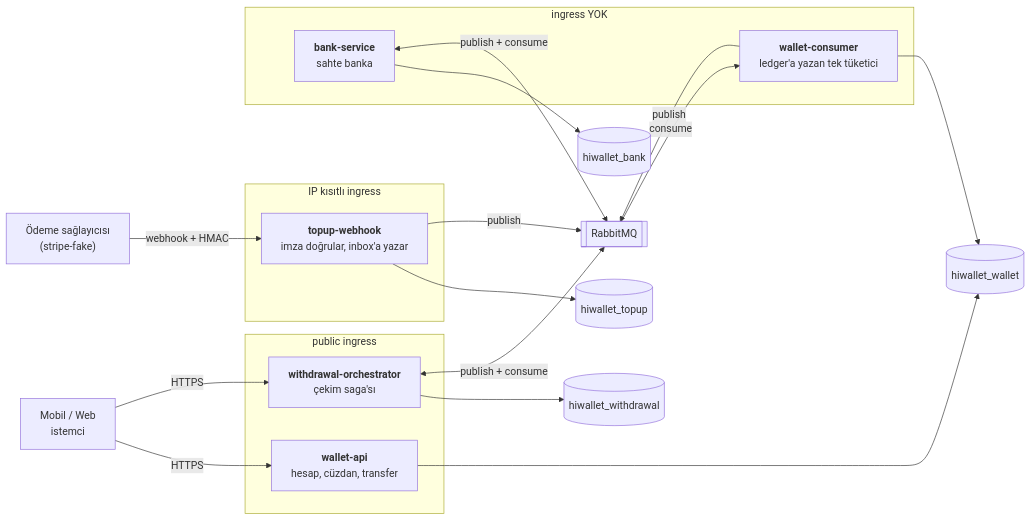
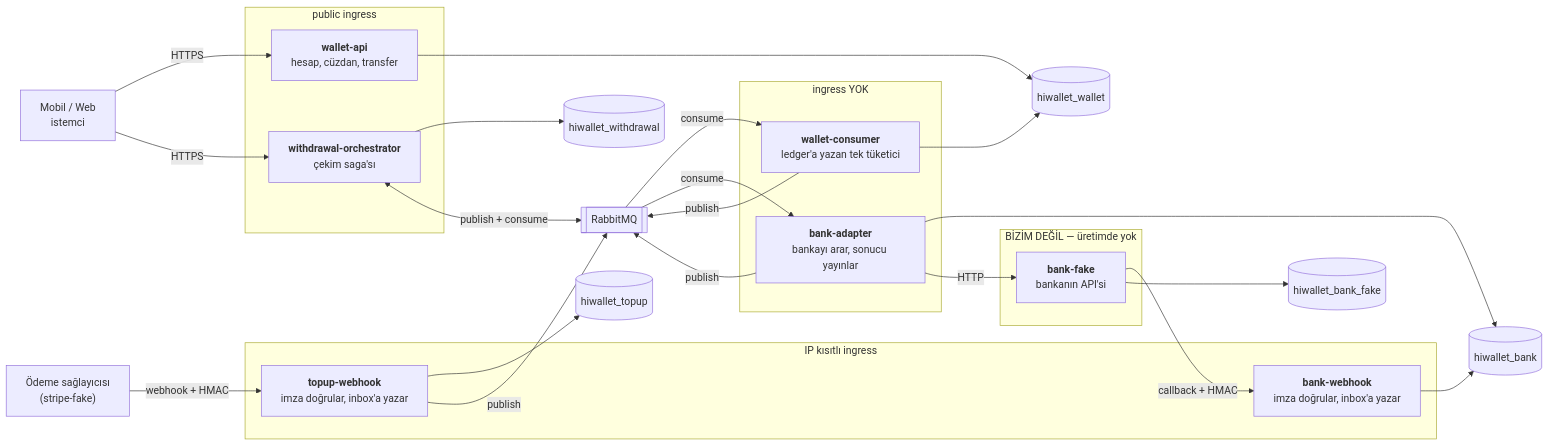
The first of 4 diagrams in docs/architecture.md (firate/HiWallet), drawn with Mermaid before and after one commit. The commit also changed other lines of this file and 6 other files, not shown here.

````diff
--- a/docs/architecture.md
+++ b/docs/architecture.md
@@ -13,42 +13,54 @@
 ```mermaid
 flowchart LR
     client["Mobil / Web<br/>istemci"]
     provider["Ödeme sağlayıcısı<br/>(stripe-fake)"]
 
     subgraph public["public ingress"]
         api["<b>wallet-api</b><br/>hesap, cüzdan, transfer"]
         orch["<b>withdrawal-orchestrator</b><br/>çekim saga'sı"]
     end
 
     subgraph restricted["IP kısıtlı ingress"]
         hook["<b>topup-webhook</b><br/>imza doğrular, inbox'a yazar"]
+        bhook["<b>bank-webhook</b><br/>imza doğrular, inbox'a yazar"]
     end
 
     subgraph noingress["ingress YOK"]
         consumer["<b>wallet-consumer</b><br/>ledger'a yazan tek tüketici"]
-        bank["<b>bank-service</b><br/>sahte banka"]
+        adapter["<b>bank-adapter</b><br/>bankayı arar, sonucu yayınlar"]
+    end
+
+    subgraph outside["BİZİM DEĞİL — üretimde yok"]
+        bank["<b>bank-fake</b><br/>bankanın API'si"]
     end
 
     mq[["RabbitMQ"]]
 
     wdb[("hiwallet_wallet")]
     tdb[("hiwallet_topup")]
     odb[("hiwallet_withdrawal")]
     bdb[("hiwallet_bank")]
+    fdb[("hiwallet_bank_fake")]
 
     client -->|HTTPS| api
     client -->|HTTPS| orch
     provider -->|"webhook + HMAC"| hook
+    bank -->|"callback + HMAC"| bhook
 
     api --> wdb
     consumer --> wdb
     hook --> tdb
     orch --> odb
-    bank --> bdb
+    adapter --> bdb
+    bhook --> bdb
+    bank --> fdb
+
+    adapter -->|"HTTP"| bank
 
     hook -->|publish| mq
     orch <-->|"publish + consume"| mq
-    bank <-->|"publish + consume"| mq
     mq -->|consume| consumer
     consumer -->|publish| mq
+    mq -->|consume| adapter
+    adapter -->|publish| mq
 ```
````
